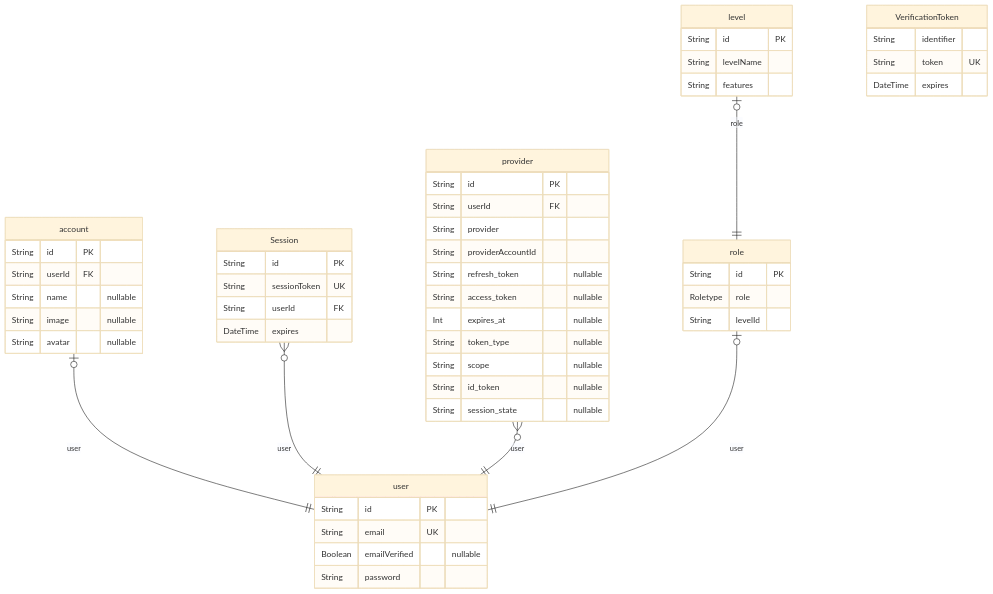
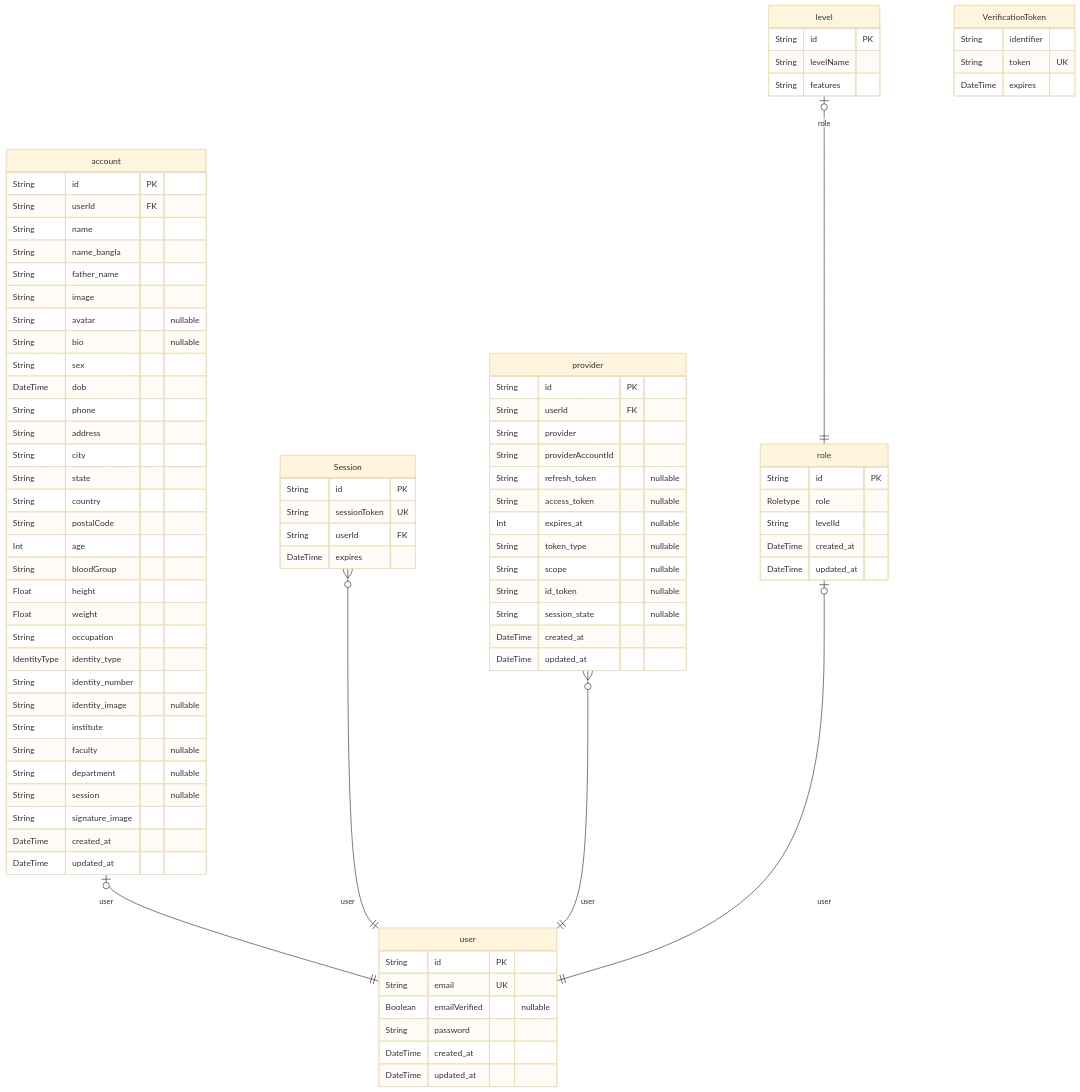
One commit to Hstu-dojo/HKDOfficial changed the diagram in public/erd/ERD.md. Above: the diagram before and after it, drawn with Mermaid (base theme). The commit also changed other lines of this file and 4 other files, not shown here.

```diff
--- a/public/erd/ERD.md
+++ b/public/erd/ERD.md
@@ -9,9 +9,35 @@
 "account" {
     String id PK
     String userId FK
-    String name "nullable"
-    String image "nullable"
+    String name
+    String name_bangla
+    String father_name
+    String image
     String avatar "nullable"
+    String bio "nullable"
+    String sex
+    DateTime dob
+    String phone
+    String address
+    String city
+    String state
+    String country
+    String postalCode
+    Int age
+    String bloodGroup
+    Float height
+    Float weight
+    String occupation
+    IdentityType identity_type
+    String identity_number
+    String identity_image "nullable"
+    String institute
+    String faculty "nullable"
+    String department "nullable"
+    String session "nullable"
+    String signature_image
+    DateTime created_at
+    DateTime updated_at
 }
 "Session" {
     String id PK
@@ -24,6 +50,8 @@
     String email UK
     Boolean emailVerified "nullable"
     String password
+    DateTime created_at
+    DateTime updated_at
 }
 "provider" {
     String id PK
@@ -37,11 +65,15 @@
     String scope "nullable"
     String id_token "nullable"
     String session_state "nullable"
+    DateTime created_at
+    DateTime updated_at
 }
 "role" {
     String id PK
     Roletype role
     String levelId
+    DateTime created_at
+    DateTime updated_at
 }
 "level" {
     String id PK
```
